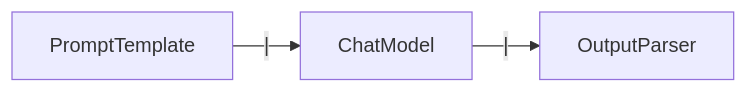
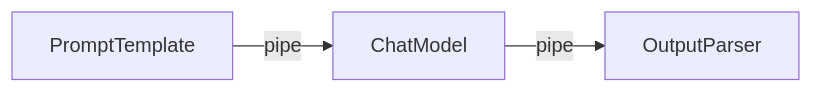
One commit to satyam0singh/Agentic-AI changed the sixth of 7 diagrams in LANGCHAIN/LANGCHAIN.MD. Above: the diagram before and after it, drawn with Mermaid. The commit also changed other lines of this file, not shown here.

````diff
--- a/LANGCHAIN/LANGCHAIN.MD
+++ b/LANGCHAIN/LANGCHAIN.MD
@@ -291,4 +557,4 @@
 ```mermaid
 flowchart LR
-    P["PromptTemplate"] -->|"|"| M["ChatModel"] -->|"|"| O["OutputParser"]
+    P["PromptTemplate"] -->|pipe| M["ChatModel"] -->|pipe| O["OutputParser"]
 ```
````
